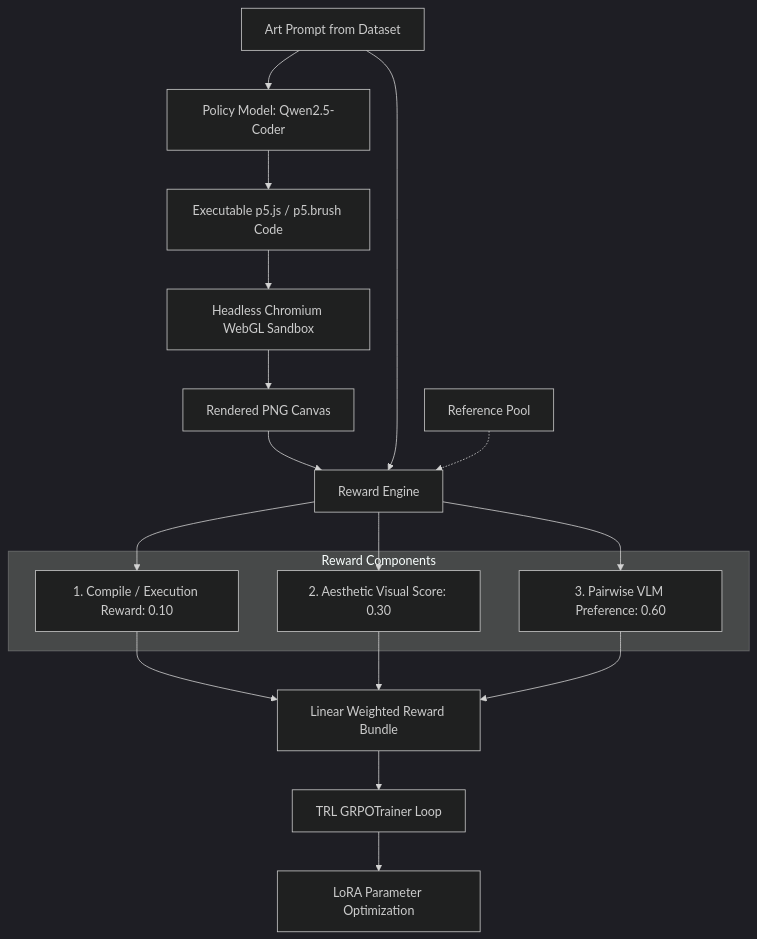
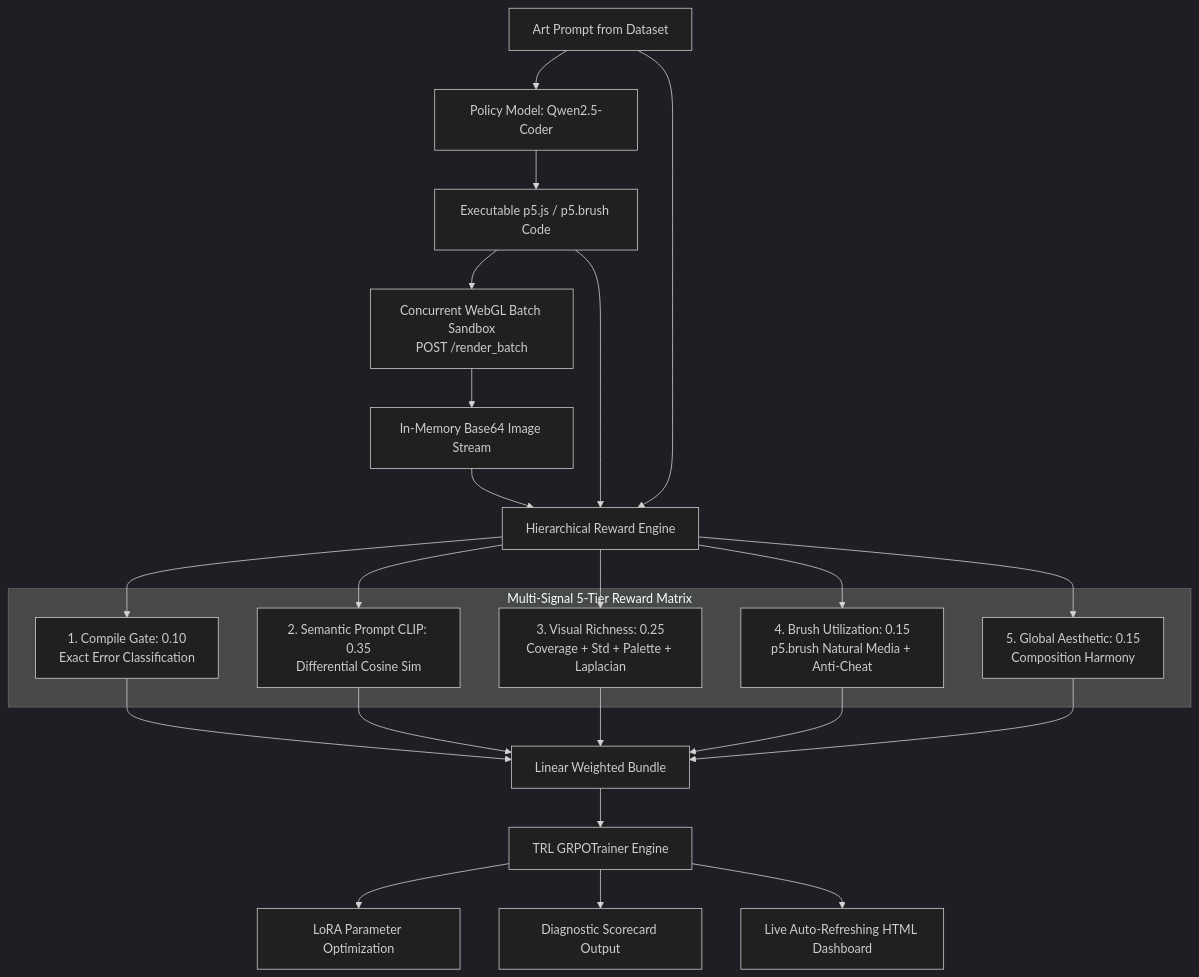
The diagram in README.md (harshitthek/paint-code-rl), drawn with Mermaid (dark theme) before and after one commit. The commit also changed other lines of this file and 14 other files, not shown here.

Commit message:
docs(architecture): add system architecture, ADR-008, ADR-009, and interactive user guide

````diff
--- a/README.md
+++ b/README.md
@@ -36,28 +32,36 @@
 ```mermaid
 flowchart TD
     Prompt[Art Prompt from Dataset] --> Policy[Policy Model: Qwen2.5-Coder]
     Policy --> GenCode[Executable p5.js / p5.brush Code]
-    GenCode --> Sandbox[Headless Chromium WebGL Sandbox]
-    Sandbox --> Canvas[Rendered PNG Canvas]
+    GenCode --> BatchServer[Concurrent WebGL Batch Sandbox\nPOST /render_batch]
+    BatchServer --> InMemStream[In-Memory Base64 Image Stream]
     
-    Canvas --> RewardEng[Reward Engine]
+    InMemStream --> RewardEng[Hierarchical Reward Engine]
     Prompt --> RewardEng
-    RefPool[Reference Pool] -.-> RewardEng
+    GenCode --> RewardEng
     
-    subgraph Reward Components
-        CompScore[1. Compile / Execution Reward: 0.10]
-        AesScore[2. Aesthetic Visual Score: 0.30]
-        PairScore[3. Pairwise VLM Preference: 0.60]
+    subgraph Multi-Signal 5-Tier Reward Matrix
+        CompScore[1. Compile Gate: 0.10\nExact Error Classification]
+        PromptScore[2. Semantic Prompt CLIP: 0.35\nDifferential Cosine Sim]
+        RichScore[3. Visual Richness: 0.25\nCoverage + Std + Palette + Laplacian]
+        BrushScore[4. Brush Utilization: 0.15\np5.brush Natural Media + Anti-Cheat]
+        AesScore[5. Global Aesthetic: 0.15\nComposition Harmony]
     end
     
     RewardEng --> CompScore
+    RewardEng --> PromptScore
+    RewardEng --> RichScore
+    RewardEng --> BrushScore
     RewardEng --> AesScore
-    RewardEng --> PairScore
     
-    CompScore --> TotalReward[Linear Weighted Reward Bundle]
+    CompScore --> TotalReward[Linear Weighted Bundle]
+    PromptScore --> TotalReward
+    RichScore --> TotalReward
+    BrushScore --> TotalReward
     AesScore --> TotalReward
-    PairScore --> TotalReward
     
-    TotalReward --> GRPOTrainer[TRL GRPOTrainer Loop]
+    TotalReward --> GRPOTrainer[TRL GRPOTrainer Engine]
     GRPOTrainer --> PolicyUpdate[LoRA Parameter Optimization]
+    GRPOTrainer --> Scorecard[Diagnostic Scorecard Output]
+    GRPOTrainer --> LiveDash[Live Auto-Refreshing HTML Dashboard]
 ```
````
